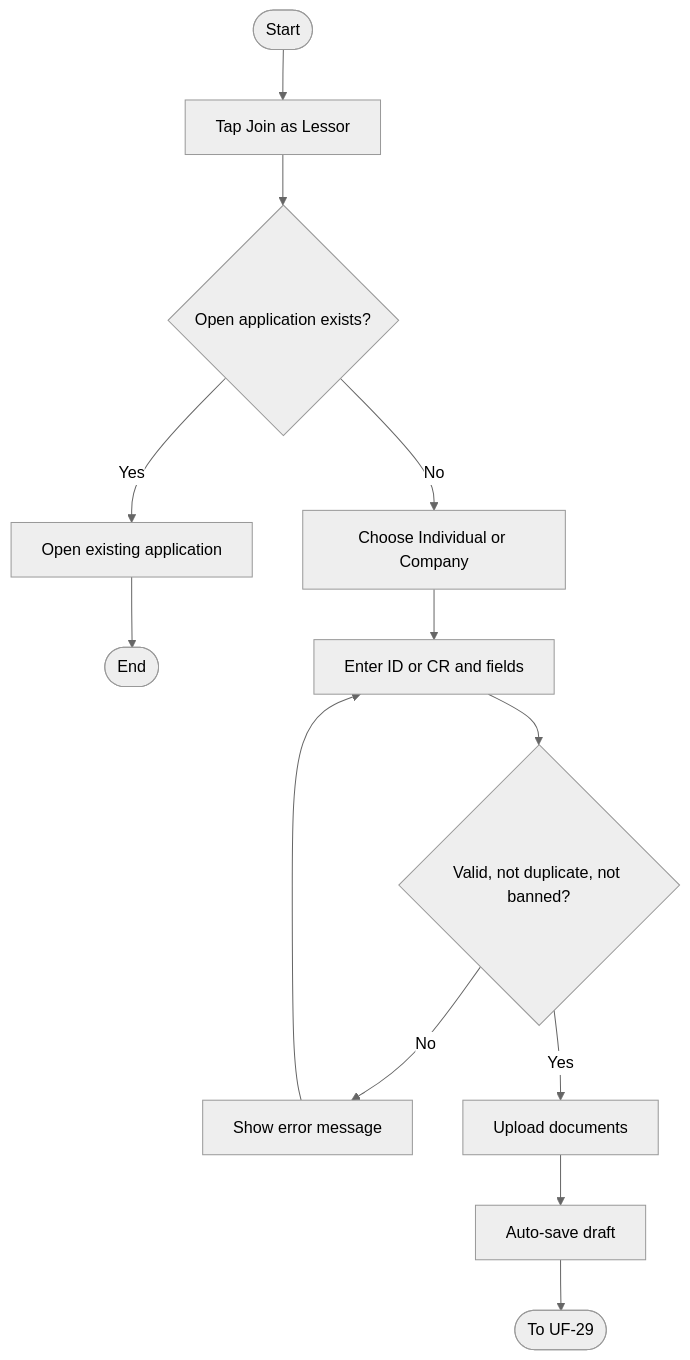
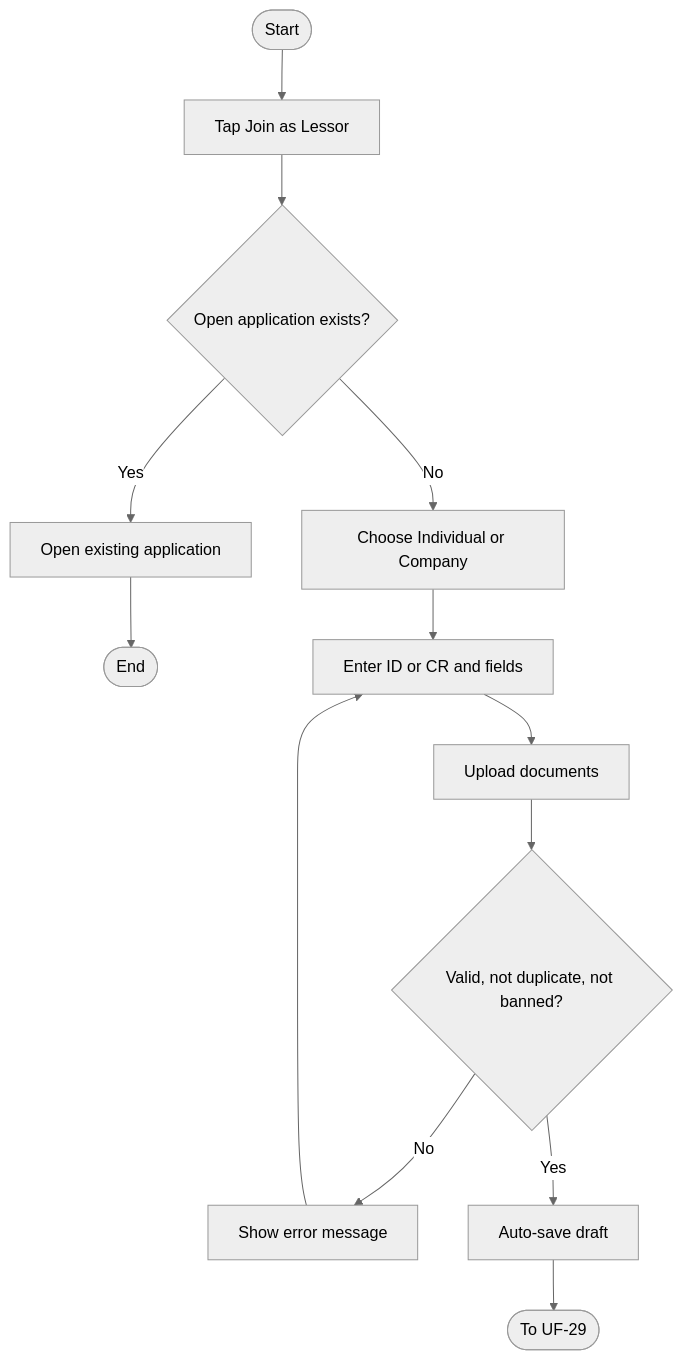
Before and after one commit to ammarhamdy/QA_codlop_vault: the first of 7 diagrams in Projects/Project-Chalets/Requirements/Atomic/User-Flows/Lessor’s-Journey/Start-Join-Application.md, drawn with Mermaid (neutral theme). The commit also changed other lines of this file and 3 other files, not shown here.

Commit message:
Audit User-Flow for lessor Project-Chalets

````diff
--- a/Projects/Project-Chalets/Requirements/Atomic/User-Flows/Lessor’s-Journey/Start-Join-Application.md
+++ b/Projects/Project-Chalets/Requirements/Atomic/User-Flows/Lessor’s-Journey/Start-Join-Application.md
@@ -40,13 +40,13 @@
 ```mermaid
 flowchart TD
     A([Start]) --> B[Tap Join as Lessor]
     B --> C{Open application exists?}
     C -- Yes --> D[Open existing application] --> Z([End])
     C -- No --> E[Choose Individual or Company]
     E --> F[Enter ID or CR and fields]
-    F --> G{Valid, not duplicate, not banned?}
+    F --> I[Upload documents]
+    I --> G{Valid, not duplicate, not banned?}
     G -- No --> H[Show error message] --> F
-    G -- Yes --> I[Upload documents]
-    I --> J[Auto-save draft]
+    G -- Yes --> J[Auto-save draft] 
     J --> K([To UF-29])
 ```
````
